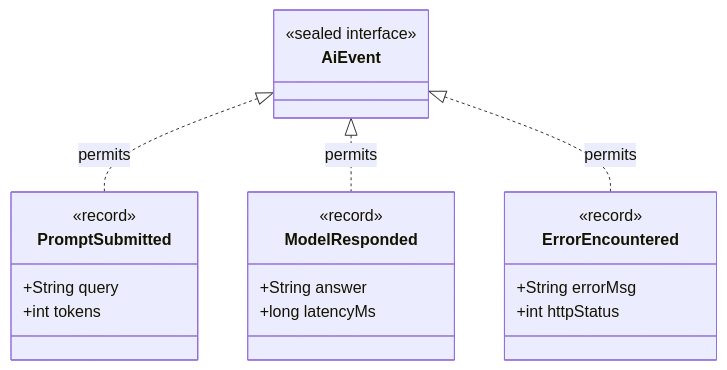
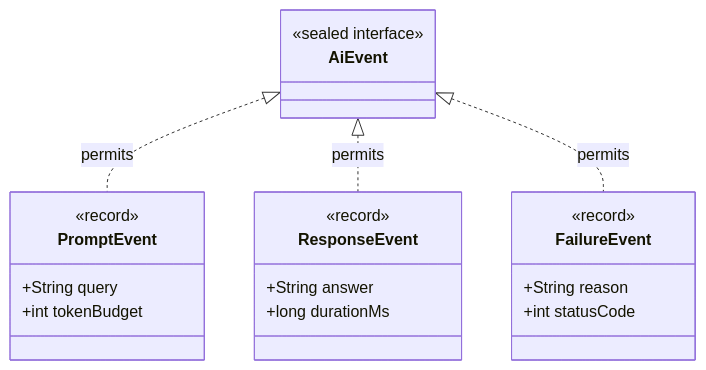
The second of 2 diagrams in Phase_01_Java_Foundations/Day_05_Modern_Java_Records_Optional_Sealed/Day_05_Modern_Java_Records_Optional_Sealed.md (SrinuRenangi/Gen-AI-Java), drawn with Mermaid before and after one commit. The commit also changed other lines of this file and 4 other files, not shown here.

````diff
--- a/Phase_01_Java_Foundations/Day_05_Modern_Java_Records_Optional_Sealed/Day_05_Modern_Java_Records_Optional_Sealed.md
+++ b/Phase_01_Java_Foundations/Day_05_Modern_Java_Records_Optional_Sealed/Day_05_Modern_Java_Records_Optional_Sealed.md
@@ -180,28 +189,28 @@
 ```mermaid
 classDiagram
     class AiEvent {
         <<sealed interface>>
     }
 
-    class PromptSubmitted {
+    class PromptEvent {
         <<record>>
         +String query
-        +int tokens
+        +int tokenBudget
     }
 
-    class ModelResponded {
+    class ResponseEvent {
         <<record>>
         +String answer
-        +long latencyMs
+        +long durationMs
     }
 
-    class ErrorEncountered {
+    class FailureEvent {
         <<record>>
-        +String errorMsg
-        +int httpStatus
+        +String reason
+        +int statusCode
     }
 
-    AiEvent <|.. PromptSubmitted : permits
-    AiEvent <|.. ModelResponded : permits
-    AiEvent <|.. ErrorEncountered : permits
+    AiEvent <|.. PromptEvent : permits
+    AiEvent <|.. ResponseEvent : permits
+    AiEvent <|.. FailureEvent : permits
 ```
````
